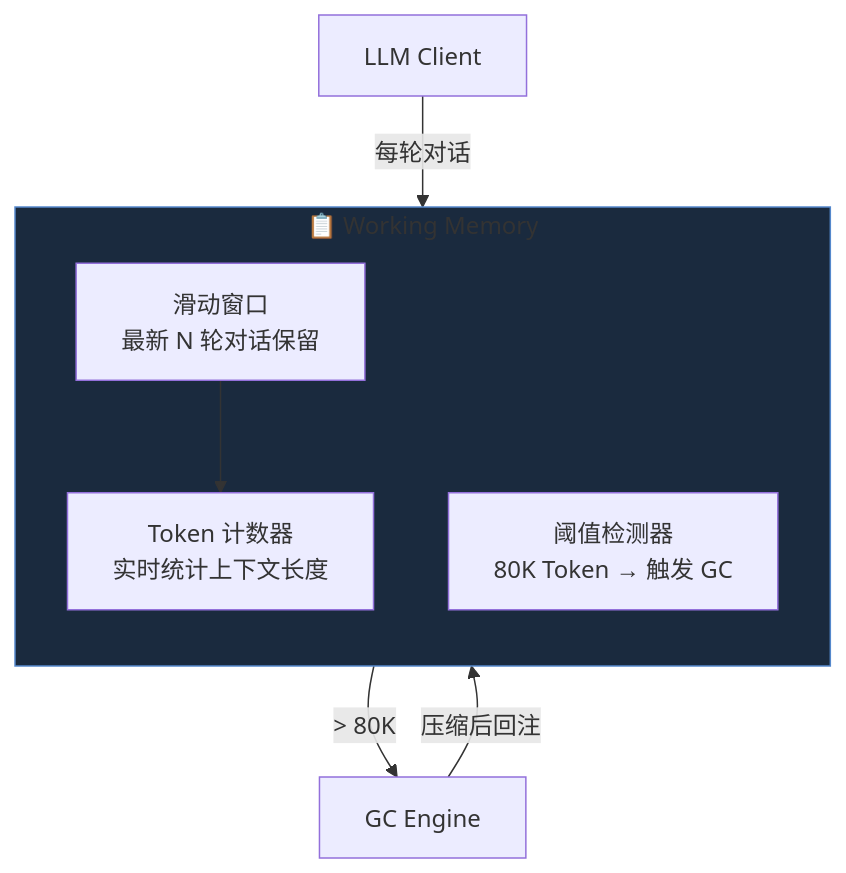
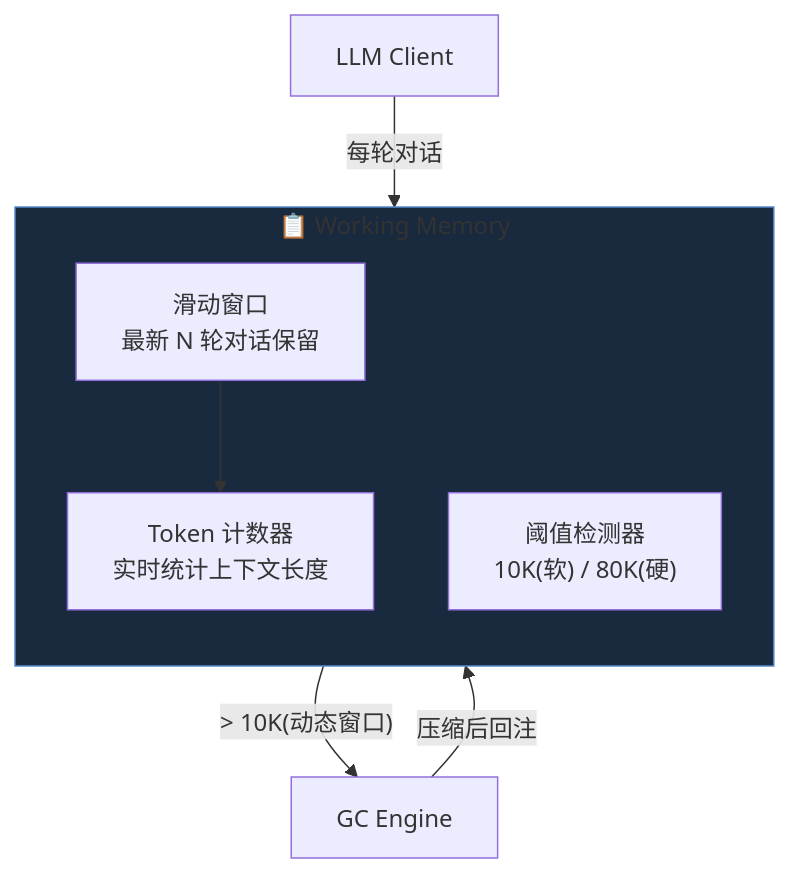
Before and after one commit to Yidhar/Embla_System: the seventh of 17 diagrams in doc/11-brain-layer-modules.md, drawn with Mermaid. The commit also changed other lines of this file and 16 other files, not shown here.

First line of the commit message:
feat: Refactor architecture documentation for Brainstem, Brain, and Limbs layers

````diff
--- a/doc/11-brain-layer-modules.md
+++ b/doc/11-brain-layer-modules.md
@@ -309,16 +401,16 @@
 ```mermaid
 flowchart TB
     subgraph WM["📋 Working Memory"]
         direction TB
         WINDOW["滑动窗口<br/>最新 N 轮对话保留"]
         TOKEN_CTR["Token 计数器<br/>实时统计上下文长度"]
-        THRESHOLD["阈值检测器<br/>80K Token → 触发 GC"]
+        THRESHOLD["阈值检测器<br/>10K(软) / 80K(硬)"]
     end
 
     LLM["LLM Client"] -->|"每轮对话"| WINDOW
     WINDOW --> TOKEN_CTR
-    TOKEN_CTR -->|"> 80K"| GC["GC Engine"]
+    TOKEN_CTR -->|"> 10K(动态窗口)"| GC["GC Engine"]
     GC -->|"压缩后回注"| WINDOW
 
     style WM fill:#1a2a3e,stroke:#5588cc
 ```
````
